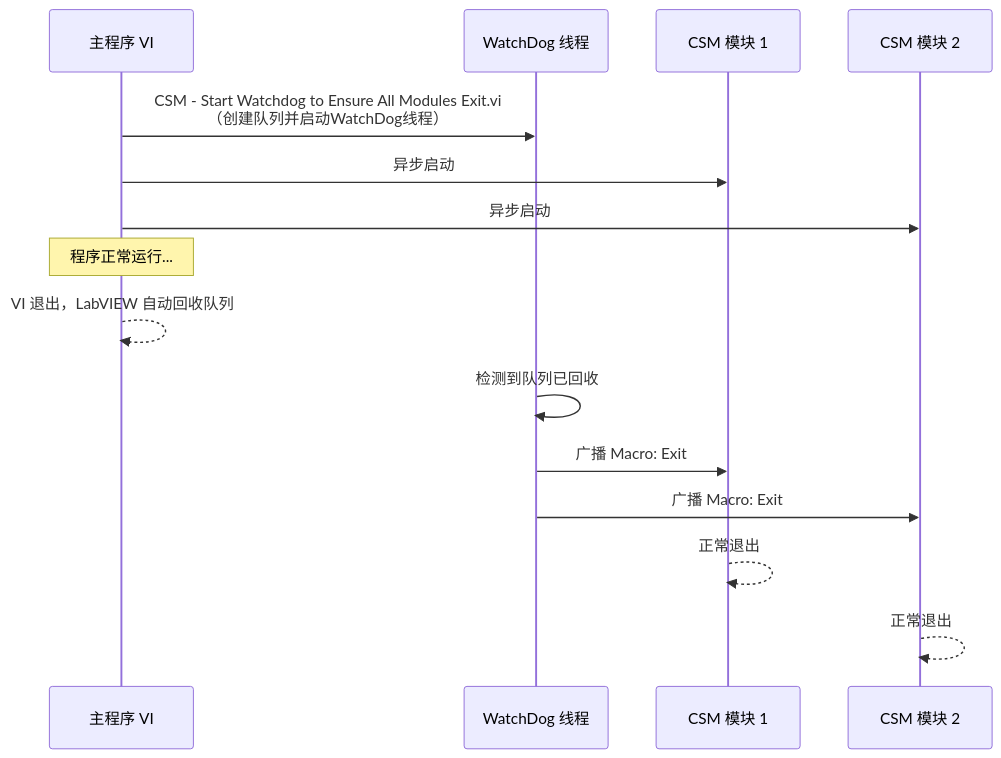
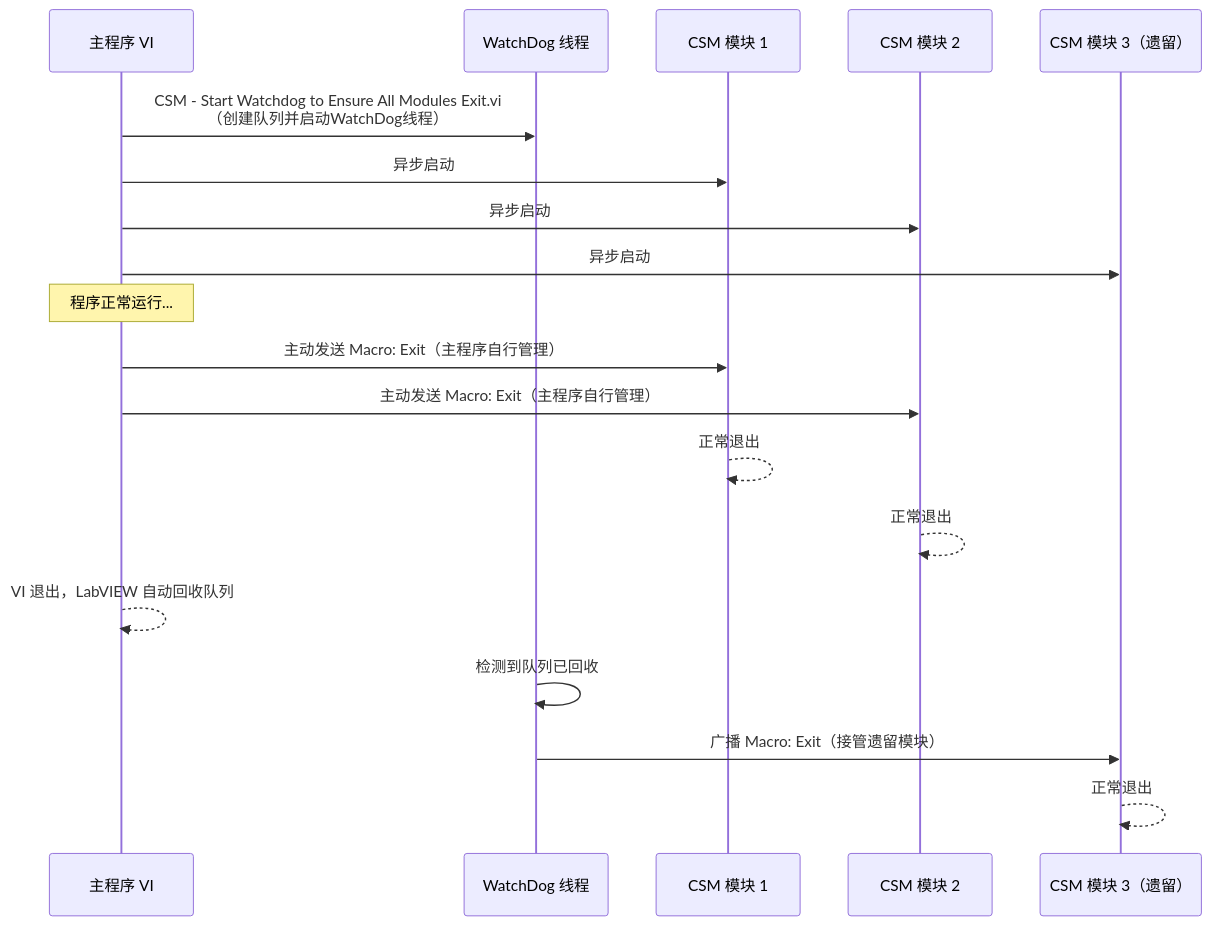
The first of 2 diagrams in docs/plugins/watchdog.md (NEVSTOP-LAB/CSM-Wiki), drawn with Mermaid before and after one commit. The commit also changed other lines of this file, not shown here.

Commit message:
Clarify WatchDog as safety net for leftover modules; update diagrams and remove extra references

````diff
--- a/docs/plugins/watchdog.md
+++ b/docs/plugins/watchdog.md
@@ -33,18 +36,22 @@
 ```mermaid
 sequenceDiagram
     participant Main as 主程序 VI
     participant WD as WatchDog 线程
     participant M1 as CSM 模块 1
     participant M2 as CSM 模块 2
+    participant M3 as CSM 模块 3（遗留）
 
     Main->>WD: CSM - Start Watchdog to Ensure All Modules Exit.vi<br/>（创建队列并启动WatchDog线程）
     Main->>M1: 异步启动
     Main->>M2: 异步启动
+    Main->>M3: 异步启动
     Note over Main: 程序正常运行...
+    Main->>M1: 主动发送 Macro: Exit（主程序自行管理）
+    Main->>M2: 主动发送 Macro: Exit（主程序自行管理）
+    M1-->>M1: 正常退出
+    M2-->>M2: 正常退出
     Main-->>Main: VI 退出，LabVIEW 自动回收队列
     WD->>WD: 检测到队列已回收
-    WD->>M1: 广播 Macro: Exit
-    WD->>M2: 广播 Macro: Exit
-    M1-->>M1: 正常退出
-    M2-->>M2: 正常退出
+    WD->>M3: 广播 Macro: Exit（接管遗留模块）
+    M3-->>M3: 正常退出
 ```
````
